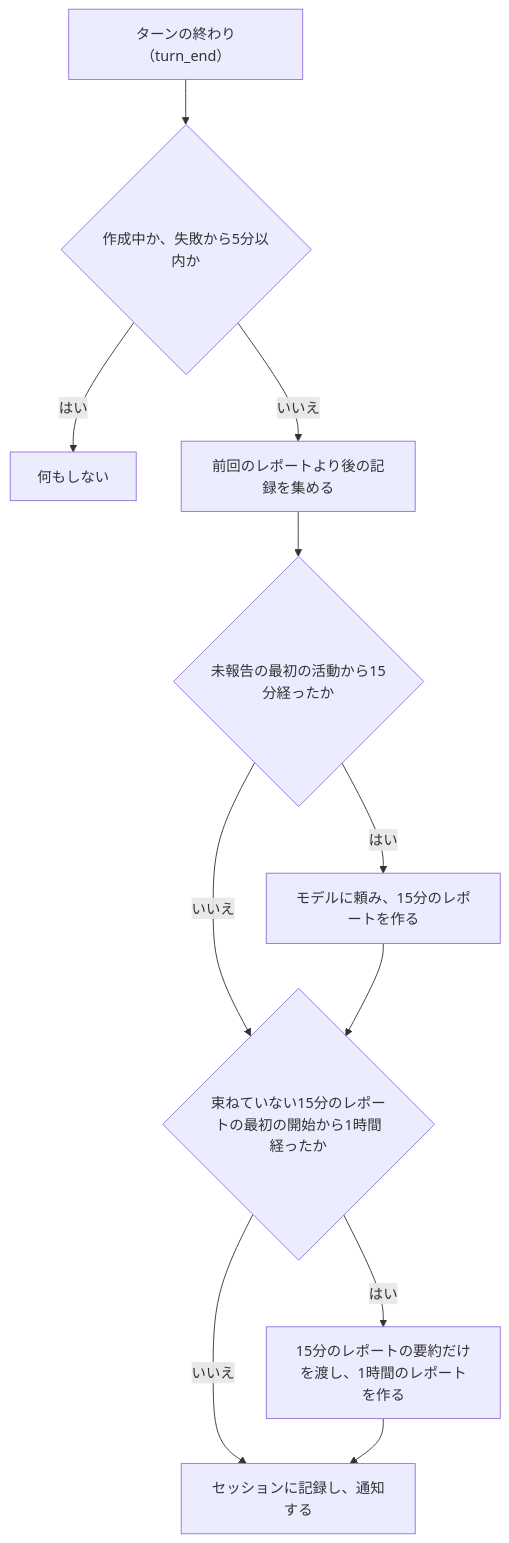
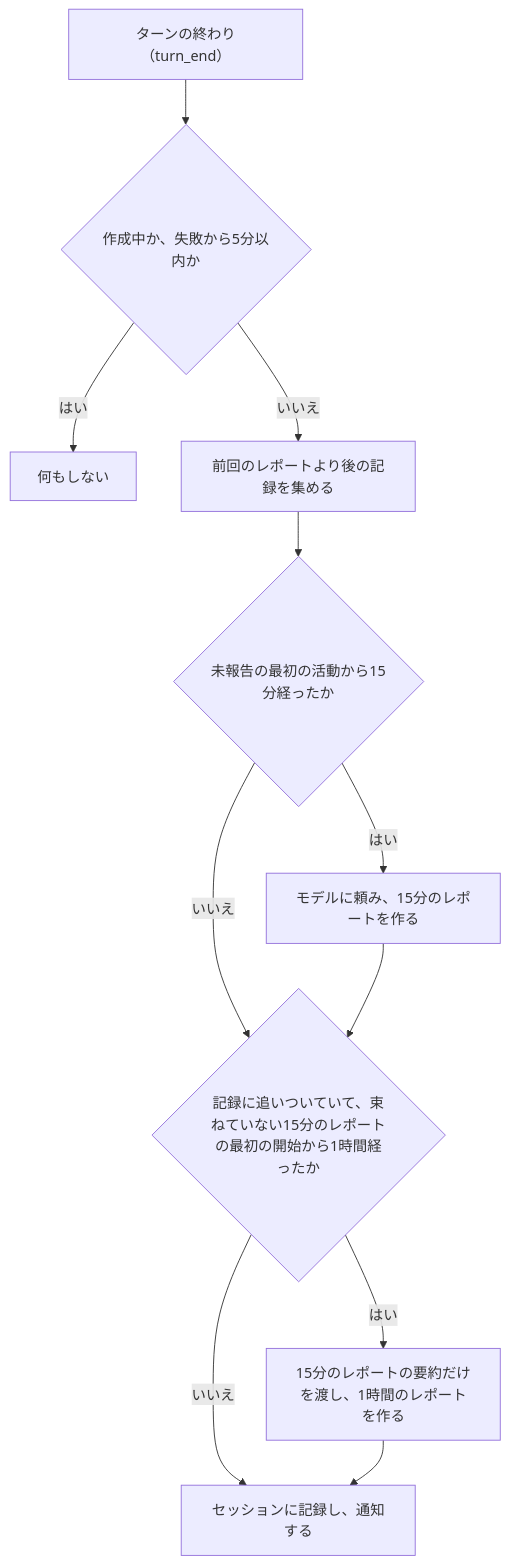
The diagram in README.md (MINTY1st/pi-todo-timeline), drawn with Mermaid before and after one commit. The commit also changed other lines of this file and 9 other files, not shown here.

First line of the commit message:
fix(pi-timeline): 実機の比較で見つけた不具合を直し、思考の強さを設定できるようにする

````diff
--- a/README.md
+++ b/README.md
@@ -70,13 +71,13 @@
 ```mermaid
 flowchart TD
     TurnEnd["ターンの終わり（turn_end）"] --> Busy{"作成中か、失敗から5分以内か"}
     Busy -->|はい| Skip["何もしない"]
     Busy -->|いいえ| Delta["前回のレポートより後の記録を集める"]
     Delta --> Due{"未報告の最初の活動から15分経ったか"}
     Due -->|はい| Base["モデルに頼み、15分のレポートを作る"]
     Due -->|いいえ| Rollup
-    Base --> Rollup{"束ねていない15分のレポートの最初の開始から1時間経ったか"}
+    Base --> Rollup{"記録に追いついていて、束ねていない15分のレポートの最初の開始から1時間経ったか"}
     Rollup -->|はい| Parent["15分のレポートの要約だけを渡し、1時間のレポートを作る"]
     Rollup -->|いいえ| Save
     Parent --> Save["セッションに記録し、通知する"]
 ```
````
